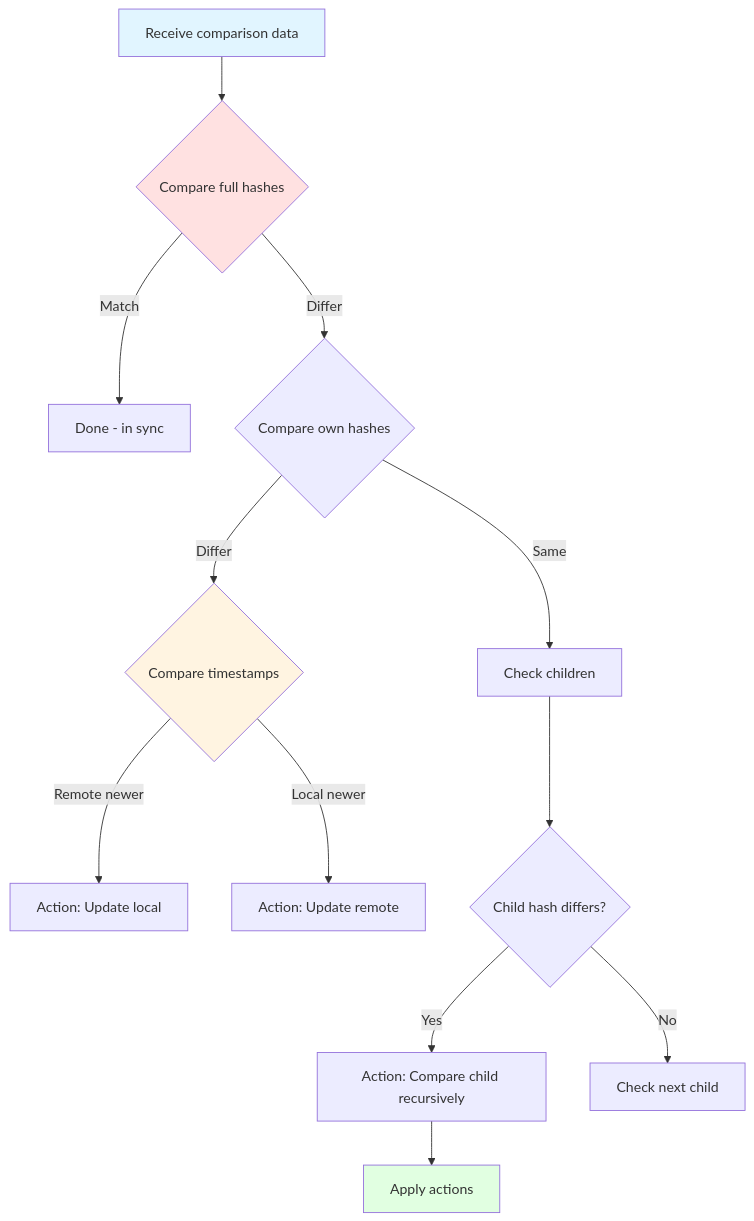
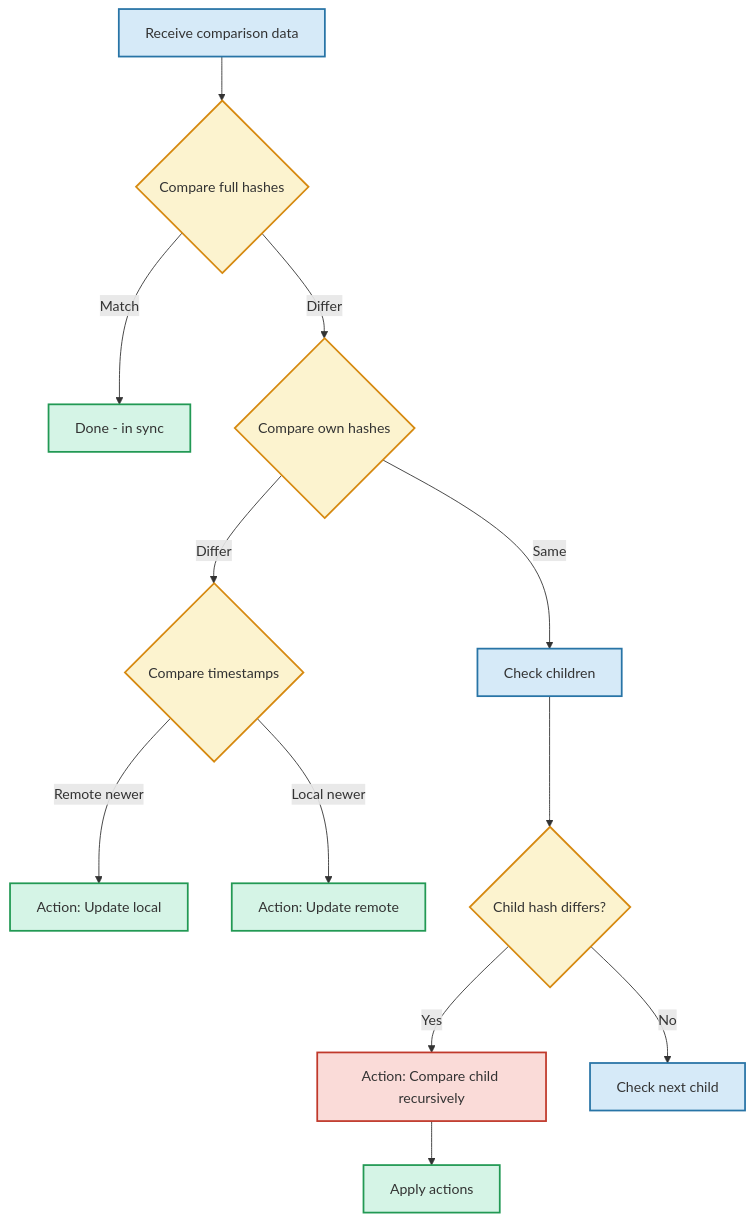
The seventh of 9 diagrams in crates/storage/README.md (calimero-network/core), drawn with Mermaid before and after one commit. The commit also changed other lines of this file, not shown here.

First line of the commit message:
docs(storage): improve diagram color schemes for readability

````diff
--- a/crates/storage/README.md
+++ b/crates/storage/README.md
@@ -241,19 +256,27 @@
 ```mermaid
 flowchart TD
     A[Receive comparison data] --> B{Compare full hashes}
     B -->|Match| Z[Done - in sync]
     B -->|Differ| C{Compare own hashes}
     C -->|Differ| D{Compare timestamps}
     D -->|Remote newer| E[Action: Update local]
     D -->|Local newer| F[Action: Update remote]
     C -->|Same| G[Check children]
     G --> H{Child hash differs?}
     H -->|Yes| I[Action: Compare child recursively]
     H -->|No| J[Check next child]
     I --> K[Apply actions]
     
-    style A fill:#e1f5ff
-    style B fill:#ffe1e1
-    style D fill:#fff4e1
-    style K fill:#e1ffe1
+    style A fill:#D6EAF8,stroke:#2874A6,stroke-width:2px
+    style B fill:#FCF3CF,stroke:#D68910,stroke-width:2px
+    style C fill:#FCF3CF,stroke:#D68910,stroke-width:2px
+    style D fill:#FCF3CF,stroke:#D68910,stroke-width:2px
+    style E fill:#D5F4E6,stroke:#229954,stroke-width:2px
+    style F fill:#D5F4E6,stroke:#229954,stroke-width:2px
+    style G fill:#D6EAF8,stroke:#2874A6,stroke-width:2px
+    style H fill:#FCF3CF,stroke:#D68910,stroke-width:2px
+    style I fill:#FADBD8,stroke:#C0392B,stroke-width:2px
+    style J fill:#D6EAF8,stroke:#2874A6,stroke-width:2px
+    style K fill:#D5F4E6,stroke:#229954,stroke-width:2px
+    style Z fill:#D5F4E6,stroke:#229954,stroke-width:2px
 ```
````
